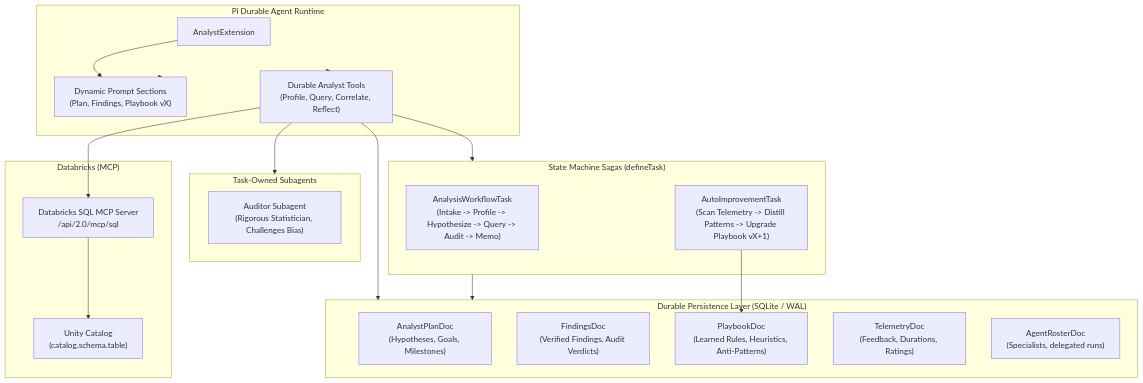
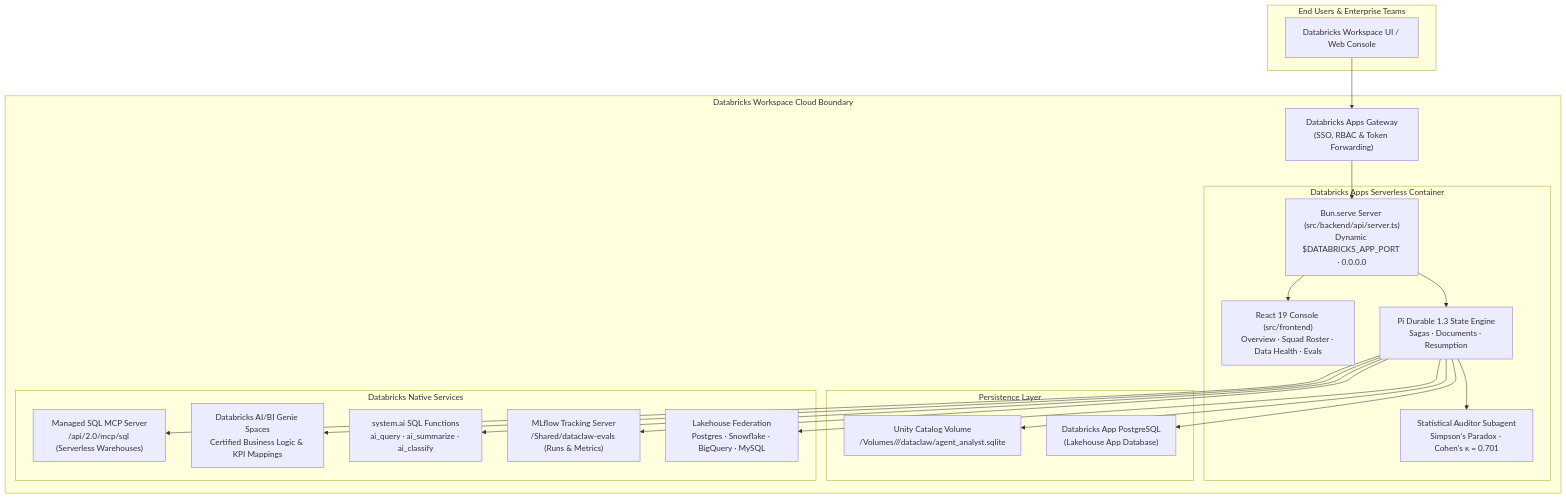
Before and after one commit to matheusbuniotto/dataclaw: the diagram in README.md, drawn with Mermaid. The commit also changed other lines of this file and 10 other files, not shown here.

First line of the commit message:
feat(databricks): transform DataClaw into a Databricks native product and app

````diff
--- a/README.md
+++ b/README.md
@@ -254,41 +44,43 @@
 ```mermaid
 flowchart TD
-    subgraph Storage ["Durable Persistence Layer (SQLite / WAL)"]
-        PlanDoc["AnalystPlanDoc\n(Hypotheses, Goals, Milestones)"]
-        FindingsDoc["FindingsDoc\n(Verified Findings, Audit Verdicts)"]
-        PlaybookDoc["PlaybookDoc\n(Learned Rules, Heuristics, Anti-Patterns)"]
-        TelemetryDoc["TelemetryDoc\n(Feedback, Durations, Ratings)"]
-        RosterDoc["AgentRosterDoc\n(Specialists, delegated runs)"]
+    subgraph Client ["End Users & Enterprise Teams"]
+        Browser["Databricks Workspace UI / Web Console"]
     end
 
-    subgraph AgentLoop ["Pi Durable Agent Runtime"]
-        Extension["AnalystExtension"]
-        Sections["Dynamic Prompt Sections\n(Plan, Findings, Playbook vX)"]
-        Tools["Durable Analyst Tools\n(Profile, Query, Correlate, Reflect)"]
+    subgraph Perimeter ["Databricks Workspace Cloud Boundary"]
+        Gateway["Databricks Apps Gateway\n(SSO, RBAC & Token Forwarding)"]
+
+        subgraph Container ["Databricks Apps Serverless Container"]
+            Server["Bun.serve Server (src/backend/api/server.ts)\nDynamic $DATABRICKS_APP_PORT · 0.0.0.0"]
+            Console["React 19 Console (src/frontend)\nOverview · Squad Roster · Data Health · Evals"]
+            Engine["Pi Durable 1.3 State Engine\nSagas · Documents · Resumption"]
+            Auditor["Statistical Auditor Subagent\nSimpson's Paradox · Cohen's κ = 0.701"]
+        end
+
+        subgraph Persistence ["Persistence Layer"]
+            UCVol["Unity Catalog Volume\n/Volumes/<cat>/<sch>/dataclaw/agent_analyst.sqlite"]
+            AppDB["Databricks App PostgreSQL\n(Lakehouse App Database)"]
+        end
+
+        subgraph LakehousePlatform ["Databricks Native Services"]
+            UCMCP["Managed SQL MCP Server\n/api/2.0/mcp/sql (Serverless Warehouses)"]
+            Genie["Databricks AI/BI Genie Spaces\nCertified Business Logic & KPI Mappings"]
+            SystemAI["system.ai SQL Functions\nai_query · ai_summarize · ai_classify"]
+            MLflow["MLflow Tracking Server\n/Shared/dataclaw-evals (Runs & Metrics)"]
+            Fed["Lakehouse Federation\nPostgres · Snowflake · BigQuery · MySQL"]
+        end
     end
 
-    subgraph Tasks ["State Machine Sagas (defineTask)"]
-        AnalysisTask["AnalysisWorkflowTask\n(Intake -> Profile -> Hypothesize -> Query -> Audit -> Memo)"]
-        ImproveTask["AutoImprovementTask\n(Scan Telemetry -> Distill Patterns -> Upgrade Playbook vX+1)"]
-    end
-
-    subgraph Subagents ["Task-Owned Subagents"]
-        Auditor["Auditor Subagent\n(Rigorous Statistician, Challenges Bias)"]
-    end
-
-    subgraph Warehouse ["Databricks (MCP)"]
-        MCP["Databricks SQL MCP Server\n/api/2.0/mcp/sql"]
-        UC["Unity Catalog\n(catalog.schema.table)"]
-    end
-
-    Extension --> Sections
-    Sections --> AgentLoop
-    AgentLoop --> Tools
-    Tools --> Storage
-    Tools --> MCP
-    MCP --> UC
-    Tasks --> Storage
-    Tools --> Tasks
-    Tools --> Subagents
-    ImproveTask --> PlaybookDoc
+    Browser --> Gateway
+    Gateway --> Server
+    Server --> Console
+    Server --> Engine
+    Engine --> Auditor
+    Engine --> UCVol
+    Engine --> AppDB
+    Engine --> UCMCP
+    Engine --> Genie
+    Engine --> SystemAI
+    Engine --> MLflow
+    Engine --> Fed
 ```
````
